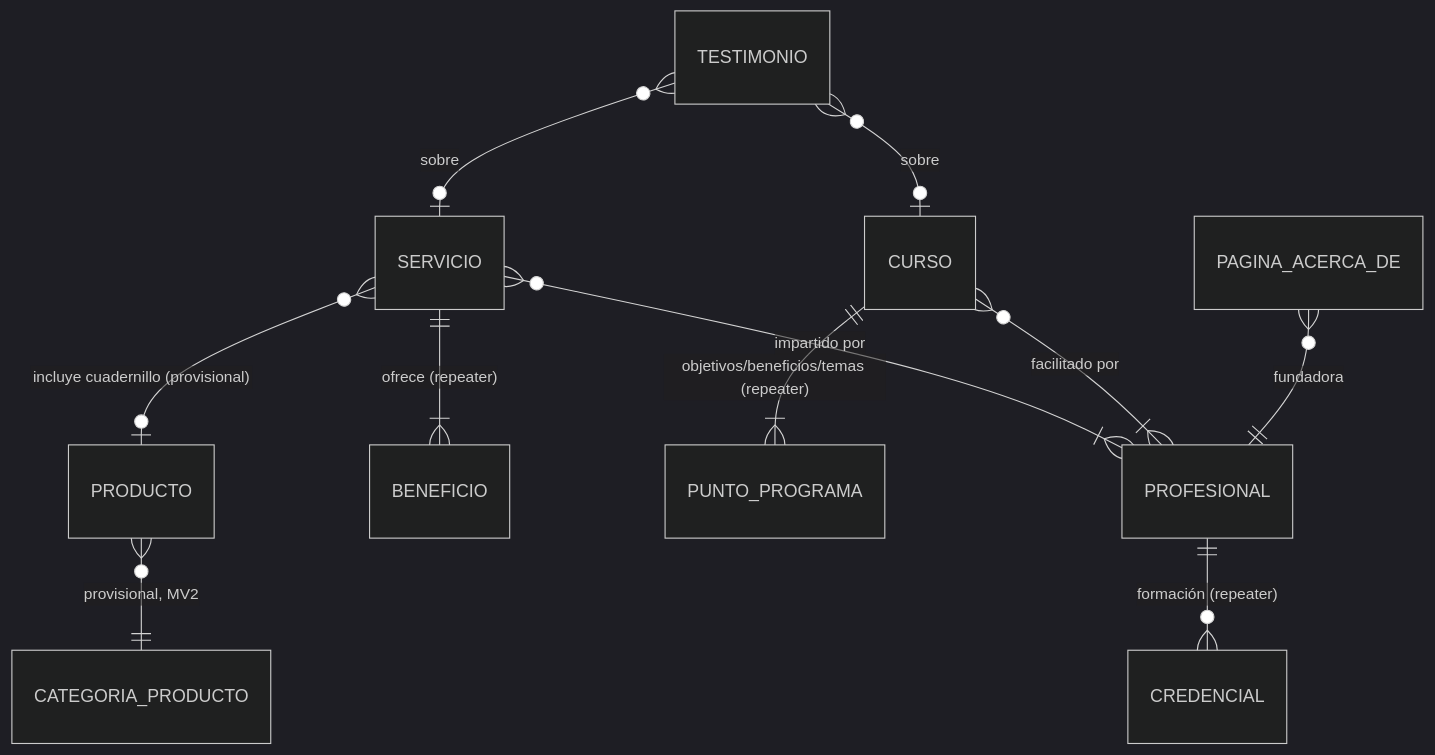
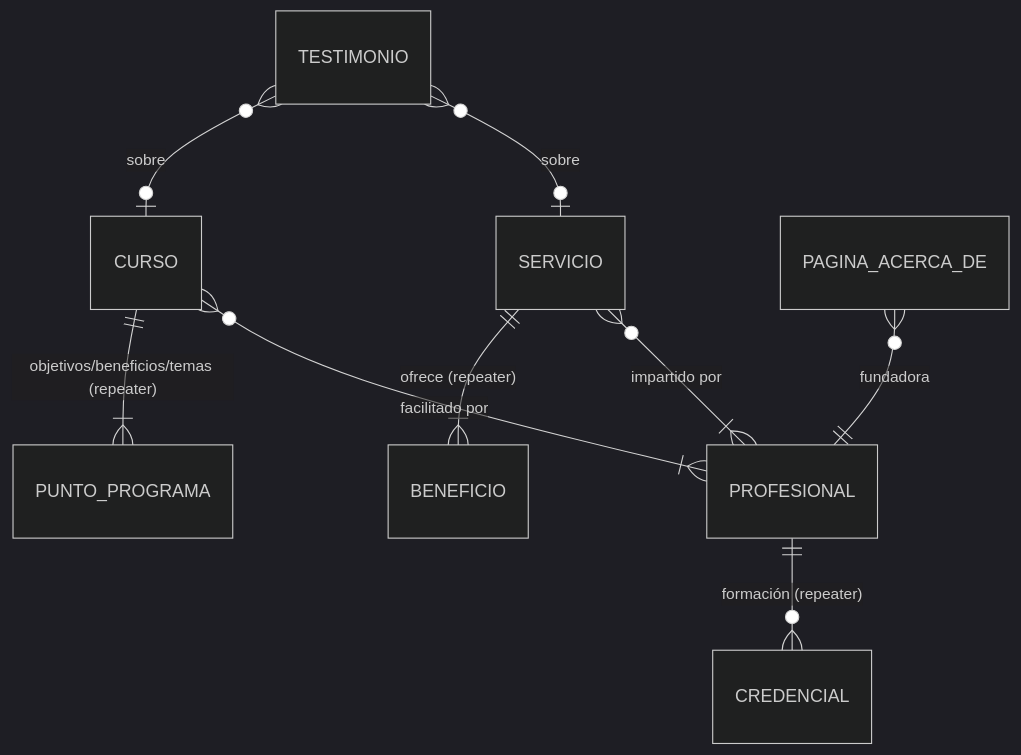
The diagram in docs/content-model.md (klaritty-sde/almicahealing), drawn with Mermaid (dark theme) before and after one commit. The commit also changed other lines of this file and 1 other file, not shown here.

````diff
--- a/docs/content-model.md
+++ b/docs/content-model.md
@@ -99,13 +101,11 @@
 ```mermaid
 erDiagram
     SERVICIO }o--|{ PROFESIONAL : "impartido por"
     CURSO    }o--|{ PROFESIONAL : "facilitado por"
     SERVICIO ||--|{ BENEFICIO  : "ofrece (repeater)"
     CURSO    ||--|{ PUNTO_PROGRAMA : "objetivos/beneficios/temas (repeater)"
     PROFESIONAL ||--o{ CREDENCIAL : "formación (repeater)"
     TESTIMONIO }o--o| SERVICIO : "sobre"
     TESTIMONIO }o--o| CURSO : "sobre"
     PAGINA_ACERCA_DE }o--|| PROFESIONAL : "fundadora"
-    SERVICIO }o--o| PRODUCTO : "incluye cuadernillo (provisional)"
-    PRODUCTO }o--|| CATEGORIA_PRODUCTO : "provisional, MV2"
 ```
````
